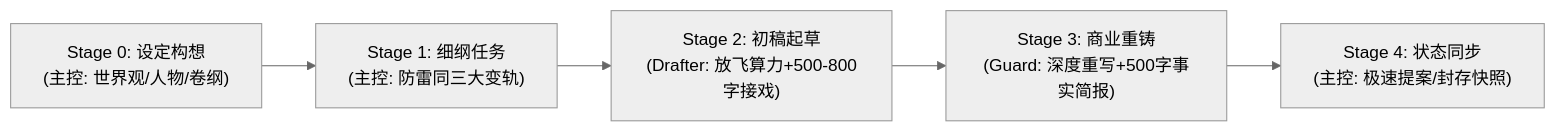
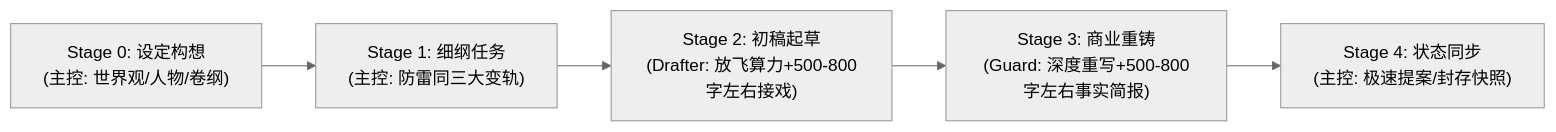
One commit to cg110902/NOVEL changed the diagram in AGENTS.md. Above: the diagram before and after it, drawn with Mermaid (neutral theme). The commit also changed other lines of this file and 18 other files, not shown here.

````diff
--- a/AGENTS.md
+++ b/AGENTS.md
@@ -23,7 +23,7 @@
 ```mermaid
 graph LR
     S0["Stage 0: 设定构想<br/>(主控: 世界观/人物/卷纲)"] --> S1["Stage 1: 细纲任务<br/>(主控: 防雷同三大变轨)"]
-    S1 --> S2["Stage 2: 初稿起草<br/>(Drafter: 放飞算力+500-800字接戏)"]
-    S2 --> S3["Stage 3: 商业重铸<br/>(Guard: 深度重写+500字事实简报)"]
+    S1 --> S2["Stage 2: 初稿起草<br/>(Drafter: 放飞算力+500-800字左右接戏)"]
+    S2 --> S3["Stage 3: 商业重铸<br/>(Guard: 深度重写+500-800字左右事实简报)"]
     S3 --> S4["Stage 4: 状态同步<br/>(主控: 极速提案/封存快照)"]
 ```
````
